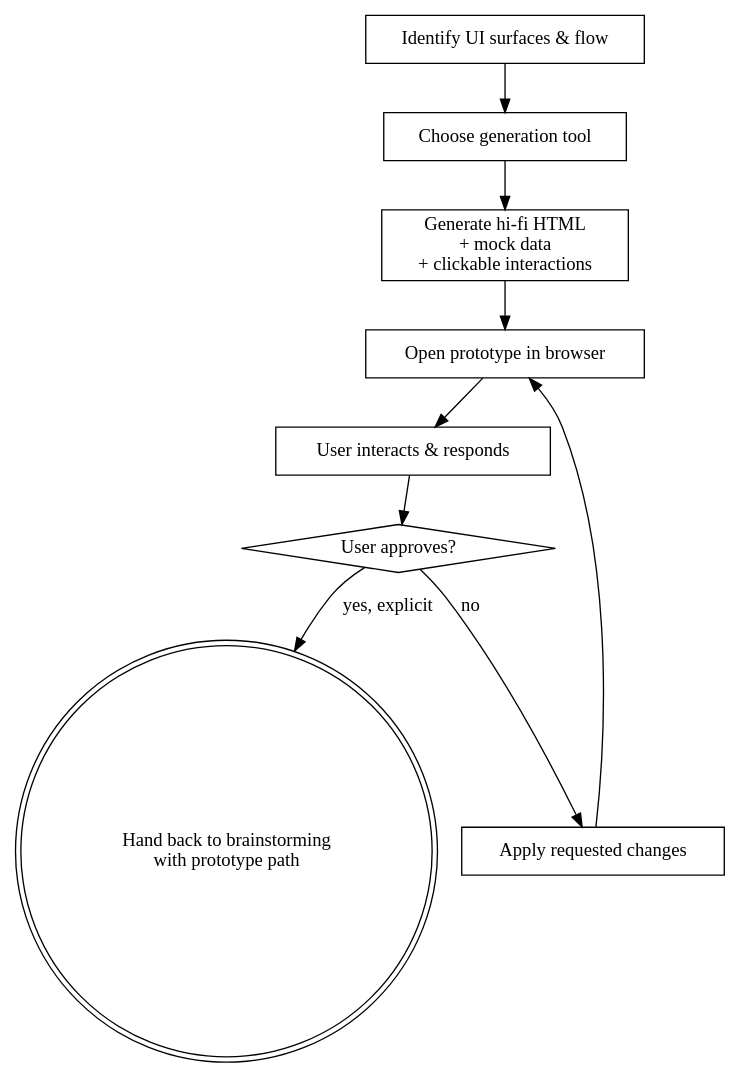
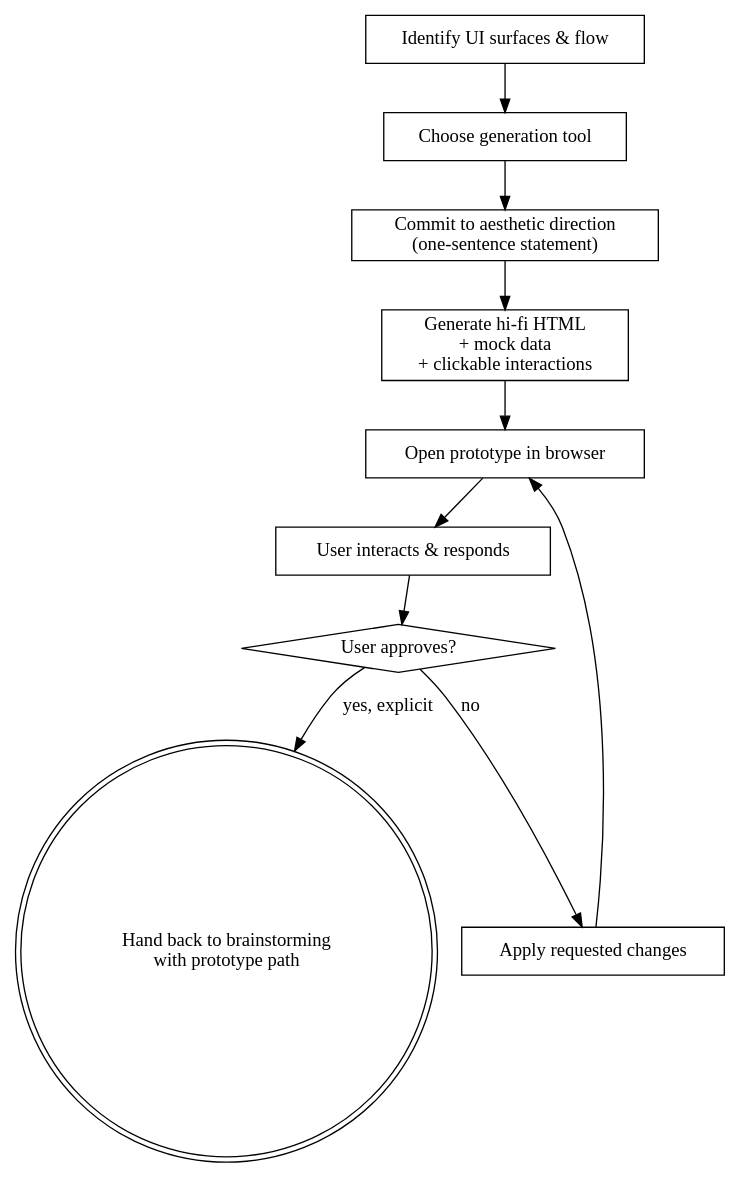
Before and after one commit to Yanzn/devstack: the diagram in skills/prototyping-with-html/SKILL.md, drawn with Graphviz. The commit also changed other lines of this file and 3 other files, not shown here.

````diff
--- a/skills/prototyping-with-html/SKILL.md
+++ b/skills/prototyping-with-html/SKILL.md
@@ -79,21 +89,23 @@
 ```dot
 digraph prototyping {
     "Identify UI surfaces & flow" [shape=box];
     "Choose generation tool" [shape=box];
+    "Commit to aesthetic direction\n(one-sentence statement)" [shape=box];
     "Generate hi-fi HTML\n+ mock data\n+ clickable interactions" [shape=box];
     "Open prototype in browser" [shape=box];
     "User interacts & responds" [shape=box];
     "User approves?" [shape=diamond];
     "Apply requested changes" [shape=box];
     "Hand back to brainstorming\nwith prototype path" [shape=doublecircle];
 
     "Identify UI surfaces & flow" -> "Choose generation tool";
-    "Choose generation tool" -> "Generate hi-fi HTML\n+ mock data\n+ clickable interactions";
+    "Choose generation tool" -> "Commit to aesthetic direction\n(one-sentence statement)";
+    "Commit to aesthetic direction\n(one-sentence statement)" -> "Generate hi-fi HTML\n+ mock data\n+ clickable interactions";
     "Generate hi-fi HTML\n+ mock data\n+ clickable interactions" -> "Open prototype in browser";
     "Open prototype in browser" -> "User interacts & responds";
     "User interacts & responds" -> "User approves?";
     "User approves?" -> "Apply requested changes" [label="no"];
     "Apply requested changes" -> "Open prototype in browser";
     "User approves?" -> "Hand back to brainstorming\nwith prototype path" [label="yes, explicit"];
 }
 ```
````
